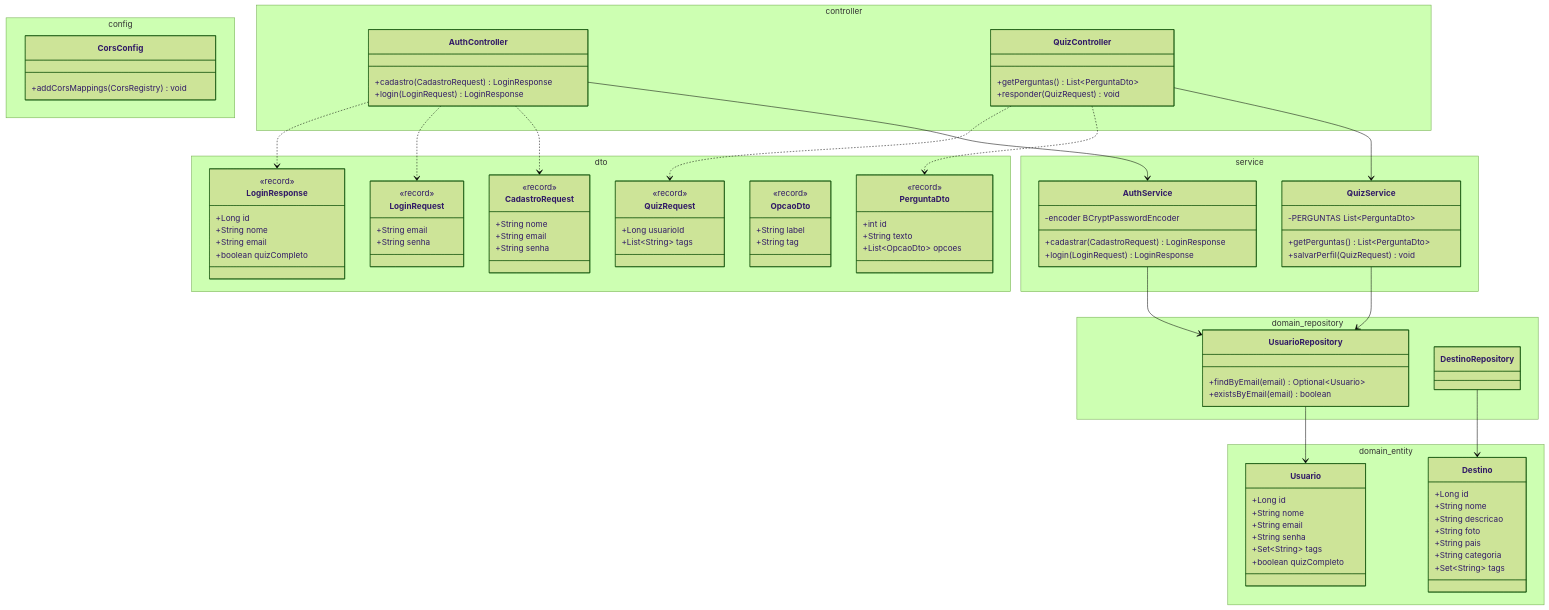
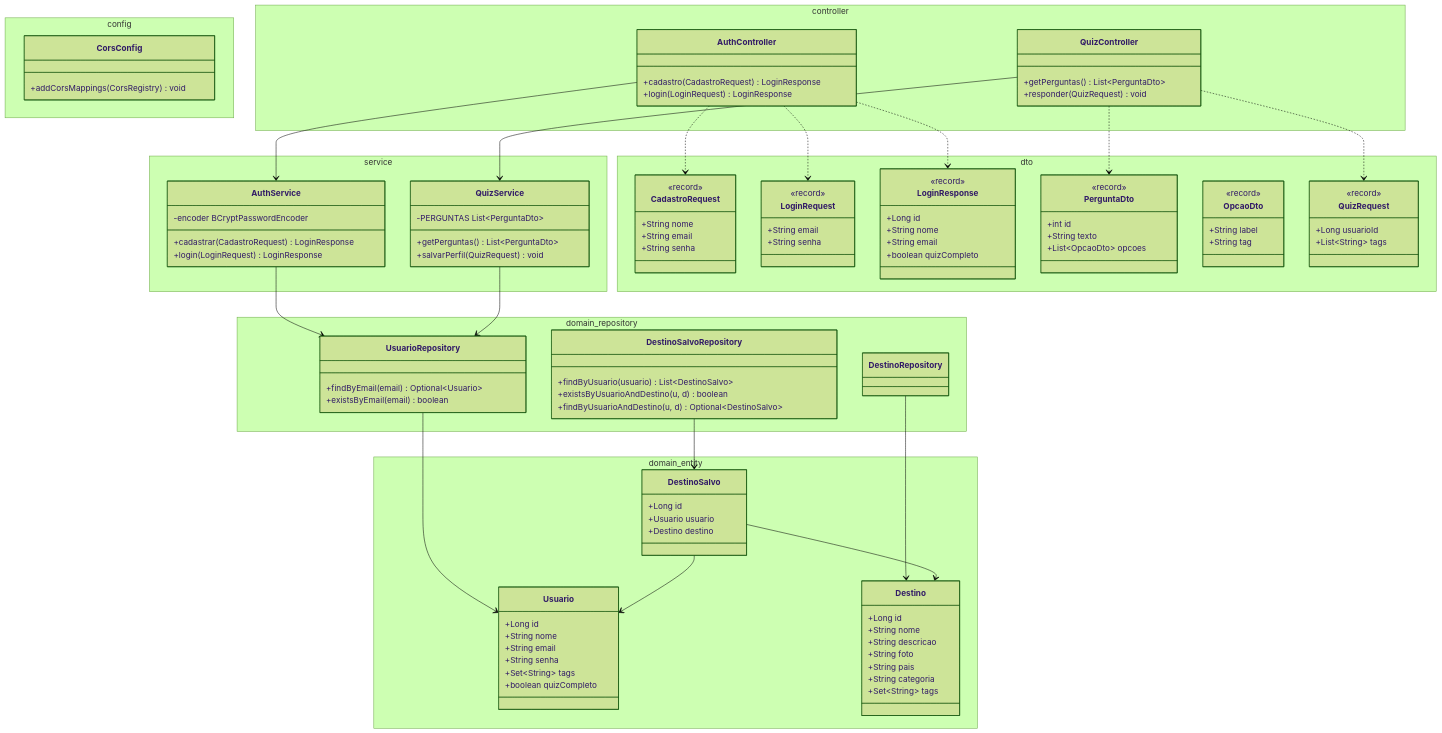
One commit to ENG-SOFT-SMART-TOUR/trips-signature changed the third of 5 diagrams in README.md. Above: the diagram before and after it, drawn with Mermaid (forest theme). The commit also changed 6 other files, not shown here.

```diff
--- a/README.md
+++ b/README.md
@@ -185,6 +185,11 @@
             +String categoria
             +Set~String~ tags
         }
+        class DestinoSalvo {
+            +Long id
+            +Usuario usuario
+            +Destino destino
+        }
     }
 
     namespace domain_repository {
@@ -193,6 +198,11 @@
             +existsByEmail(email) boolean
         }
         class DestinoRepository
+        class DestinoSalvoRepository {
+            +findByUsuario(usuario) List~DestinoSalvo~
+            +existsByUsuarioAndDestino(u, d) boolean
+            +findByUsuarioAndDestino(u, d) Optional~DestinoSalvo~
+        }
     }
 
     namespace dto {
@@ -240,6 +250,10 @@
 
     UsuarioRepository --> Usuario
     DestinoRepository --> Destino
+    DestinoSalvoRepository --> DestinoSalvo
+
+    DestinoSalvo --> Usuario
+    DestinoSalvo --> Destino
 
     AuthController ..> CadastroRequest
     AuthController ..> LoginRequest
```
